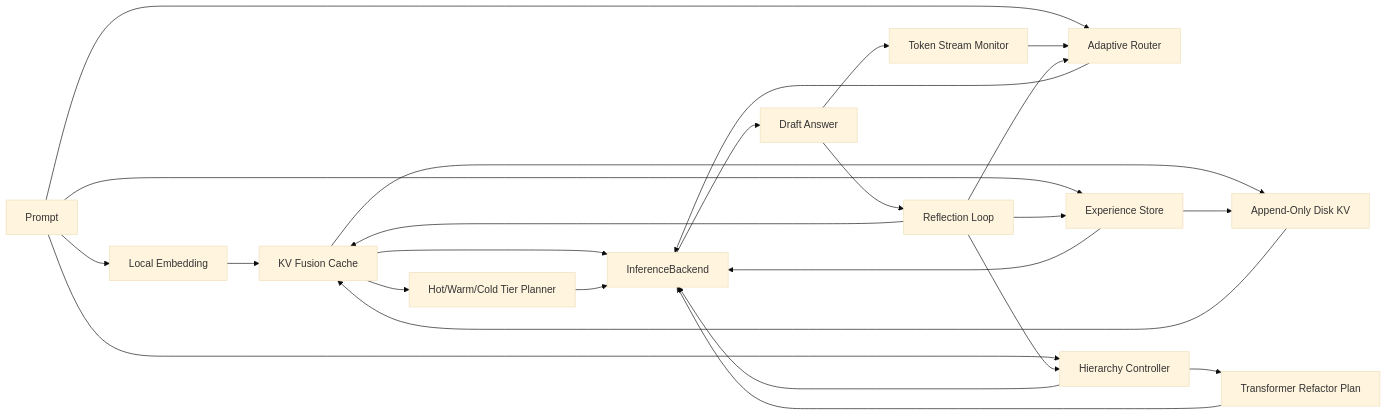
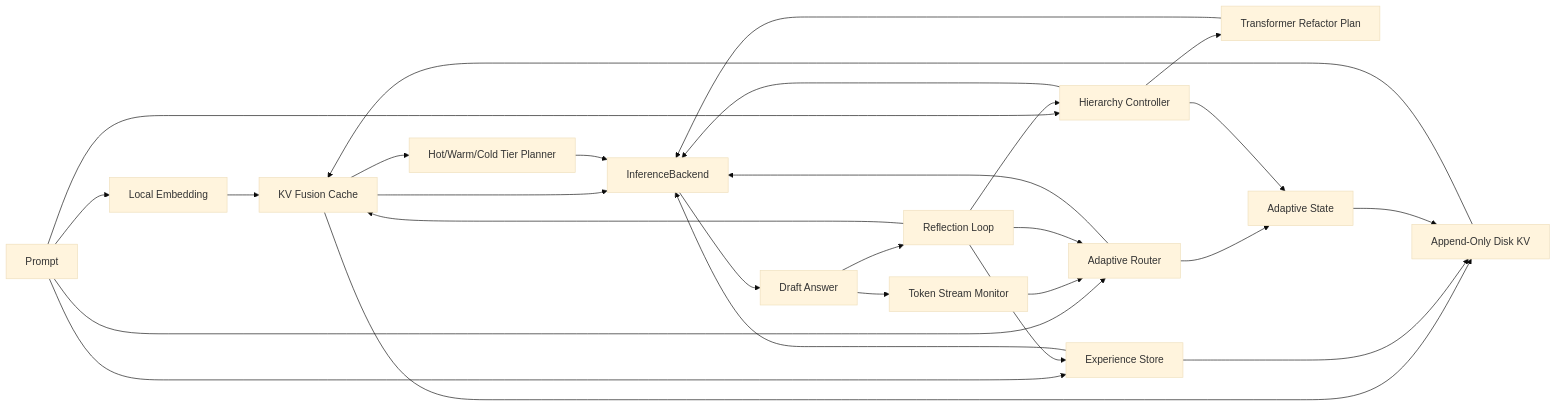
Before and after one commit to yanghao1143/rust-norion: the diagram in README.md, drawn with Mermaid (base theme). The commit also changed other lines of this file and 6 other files, not shown here.

````diff
--- a/README.md
+++ b/README.md
@@ -106,27 +109,30 @@
 ```mermaid
 flowchart LR
     Prompt[Prompt] --> Embed[Local Embedding]
     Embed --> Memory[KV Fusion Cache]
     Memory --> DiskKV[Append-Only Disk KV]
     Memory --> Tiers[Hot/Warm/Cold Tier Planner]
     Prompt --> Router[Adaptive Router]
     Prompt --> Hierarchy[Hierarchy Controller]
     Prompt --> Experience[Experience Store]
     Hierarchy --> Transformer[Transformer Refactor Plan]
     Memory --> Backend[InferenceBackend]
     DiskKV --> Memory
     Tiers --> Backend
     Experience --> Backend
     Transformer --> Backend
     Router --> Backend
     Hierarchy --> Backend
     Backend --> Draft[Draft Answer]
     Draft --> Stream[Token Stream Monitor]
     Draft --> Reflect[Reflection Loop]
     Stream --> Router
     Reflect --> Experience[Experience Store]
     Reflect --> Memory
     Experience --> DiskKV
     Reflect --> Router
     Reflect --> Hierarchy
+    Router --> Adaptive[Adaptive State]
+    Hierarchy --> Adaptive
+    Adaptive --> DiskKV
 ```
````
